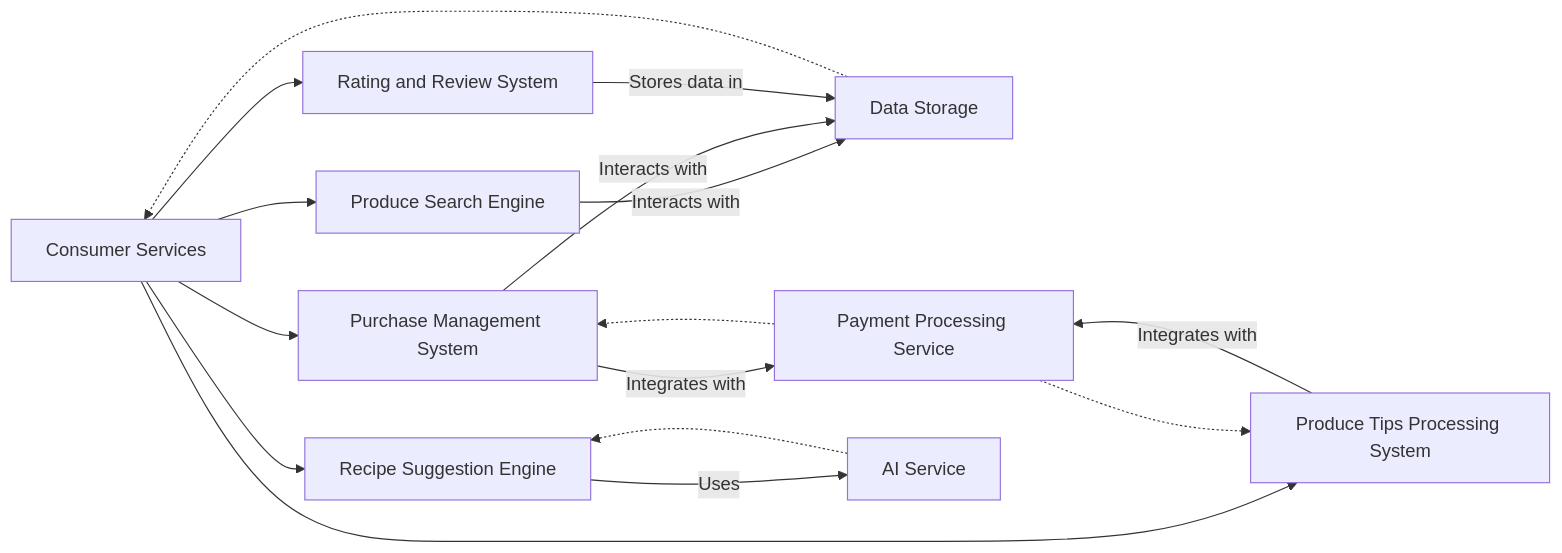
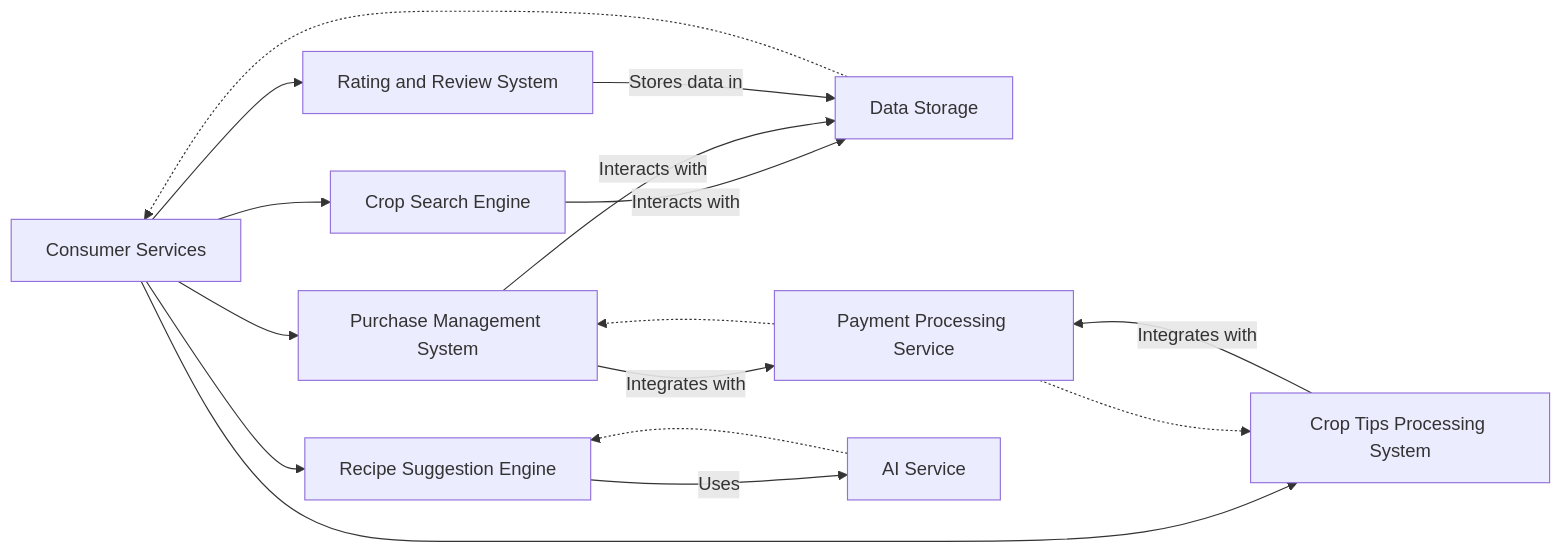
One commit to harvesit/harvesit changed the fourth of 6 diagrams in README.md. Above: the diagram before and after it, drawn with Mermaid. The commit also changed other lines of this file, not shown here.

````diff
--- a/README.md
+++ b/README.md
@@ -262,20 +262,20 @@
 ```mermaid
 graph LR
-    CS[Consumer Services] --> PSE[Produce Search Engine]
+    CS[Consumer Services] --> PSE[Crop Search Engine]
     CS --> PMS[Purchase Management System]
     CS --> RSE[Recipe Suggestion Engine]
     CS --> RRS[Rating and Review System]
-    CS --> PTPS[Produce Tips Processing System]
+    CS --> PTPS[Crop Tips Processing System]
 
     PSE -->|Interacts with| DS[Data Storage]
     PMS -->|Interacts with| DS
     PMS -->|Integrates with| PPS[Payment Processing Service]
     RSE -->|Uses| AIS[AI Service]
     RRS -->|Stores data in| DS
     PTPS -->|Integrates with| PPS
 
     DS[Data Storage] -.-> CS
     AIS -.-> RSE
     PPS -.-> PMS
     PPS -.-> PTPS
 ```
````
